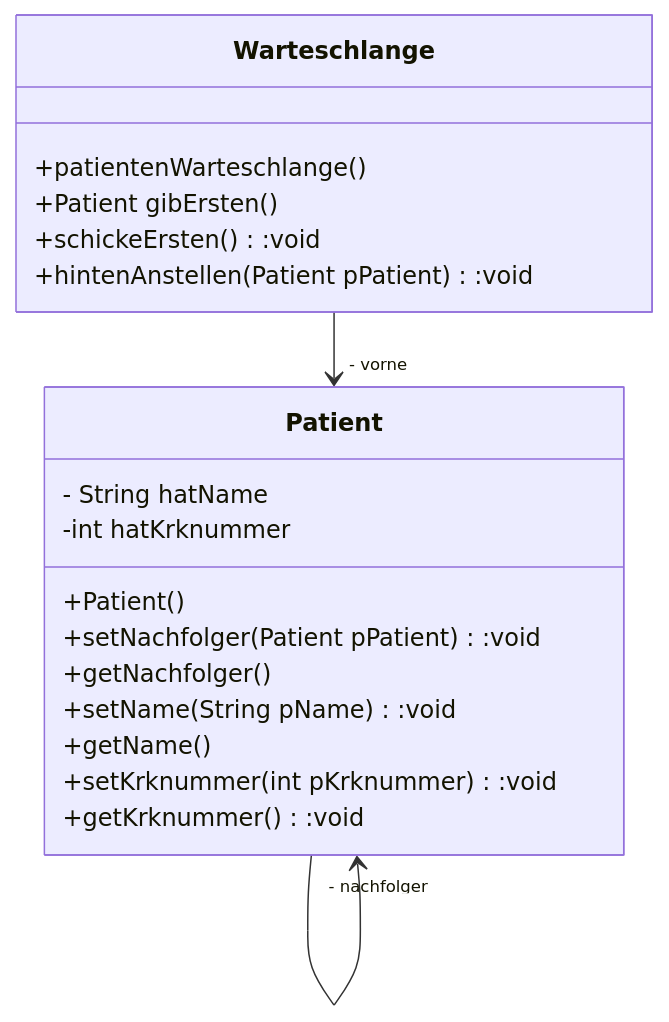
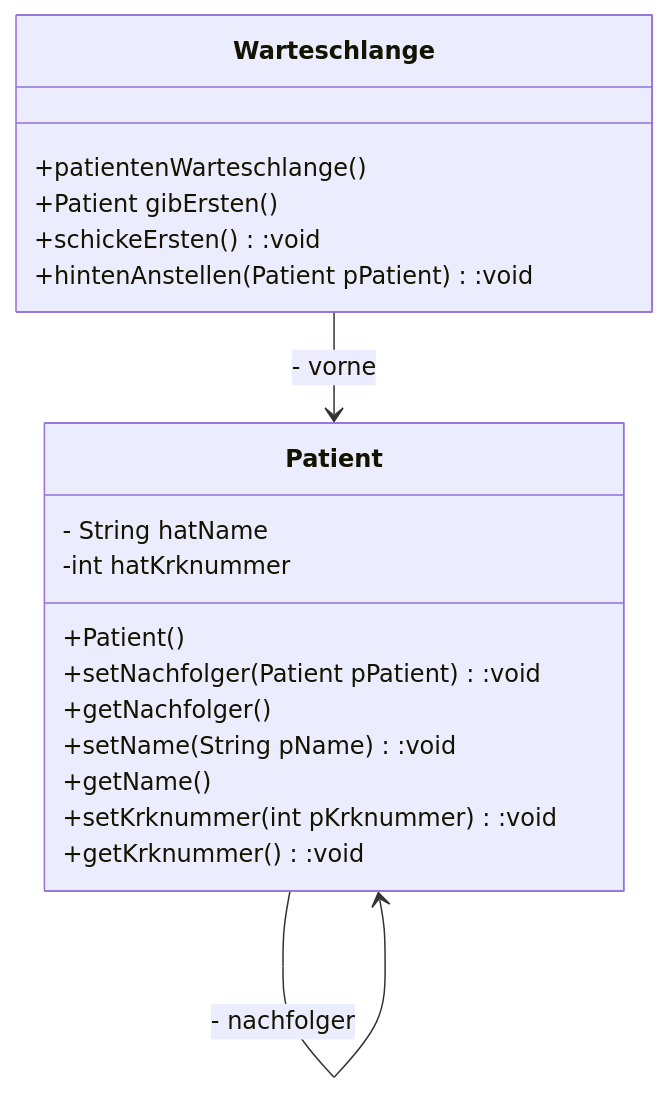
One commit to rueckertgym/begleitmaterial changed the diagram in book/lineareDatenstrukturen/queue/queue_Modellierung.md. Above: the diagram before and after it, drawn with Mermaid. The commit also changed 1 other file, not shown here.

Commit message:
Aktualisieren book/lineareDatenstrukturen/queue/queue_Modellierung.md, book/lineareDatenstrukturen/stack/stack_Modellierung.md

````diff
--- a/book/lineareDatenstrukturen/queue/queue_Modellierung.md
+++ b/book/lineareDatenstrukturen/queue/queue_Modellierung.md
@@ -18,22 +18,22 @@
 ```mermaid
 classDiagram
-Patient --> "- nachfolger" Patient
-Warteschlange --> "- vorne" Patient 
+Patient -->  Patient : - nachfolger
+Warteschlange --> Patient : - vorne
       class Warteschlange{
           +patientenWarteschlange()
           +Patient gibErsten()
           +schickeErsten():void
           +hintenAnstellen(Patient pPatient):void        
         }
         class Patient{
         - String hatName
         -int hatKrknummer
           +Patient()
           +setNachfolger(Patient pPatient):void
           +getNachfolger()
           +setName(String pName):void
           +getName()
           +setKrknummer(int pKrknummer):void
           +getKrknummer():void
           }
  ```
````
